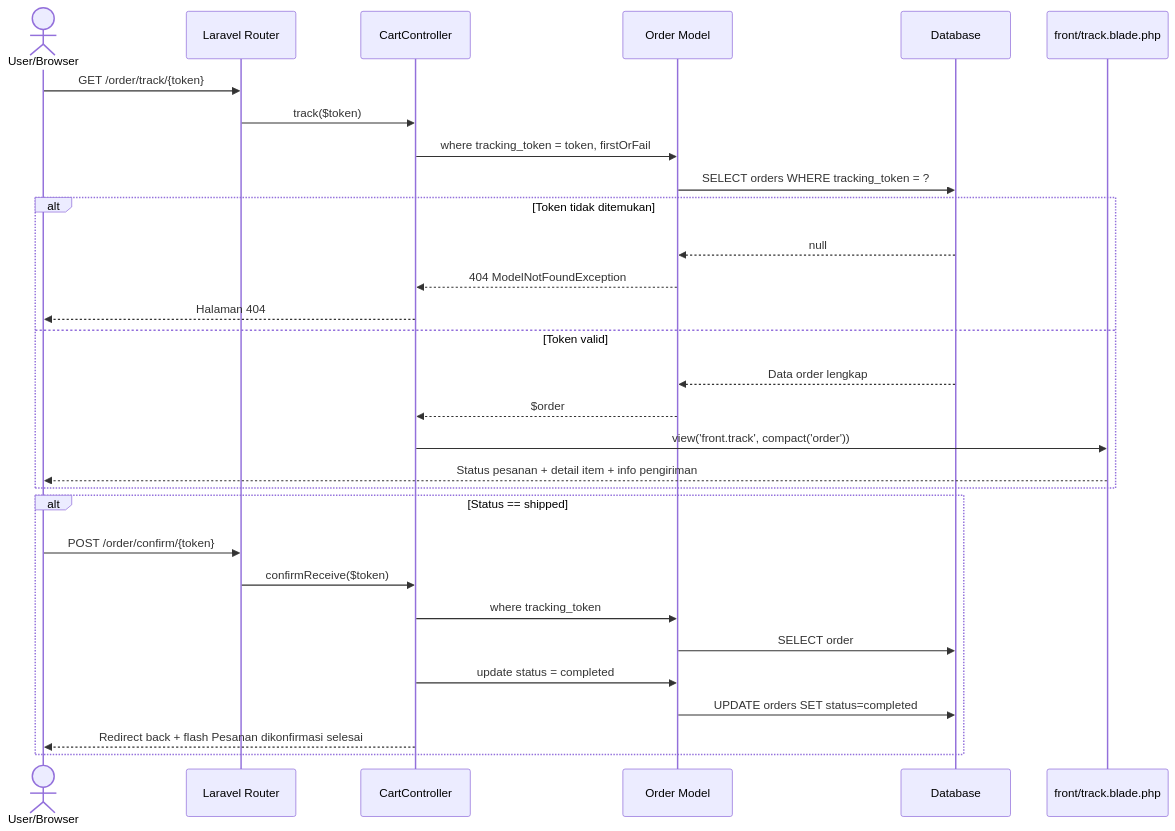
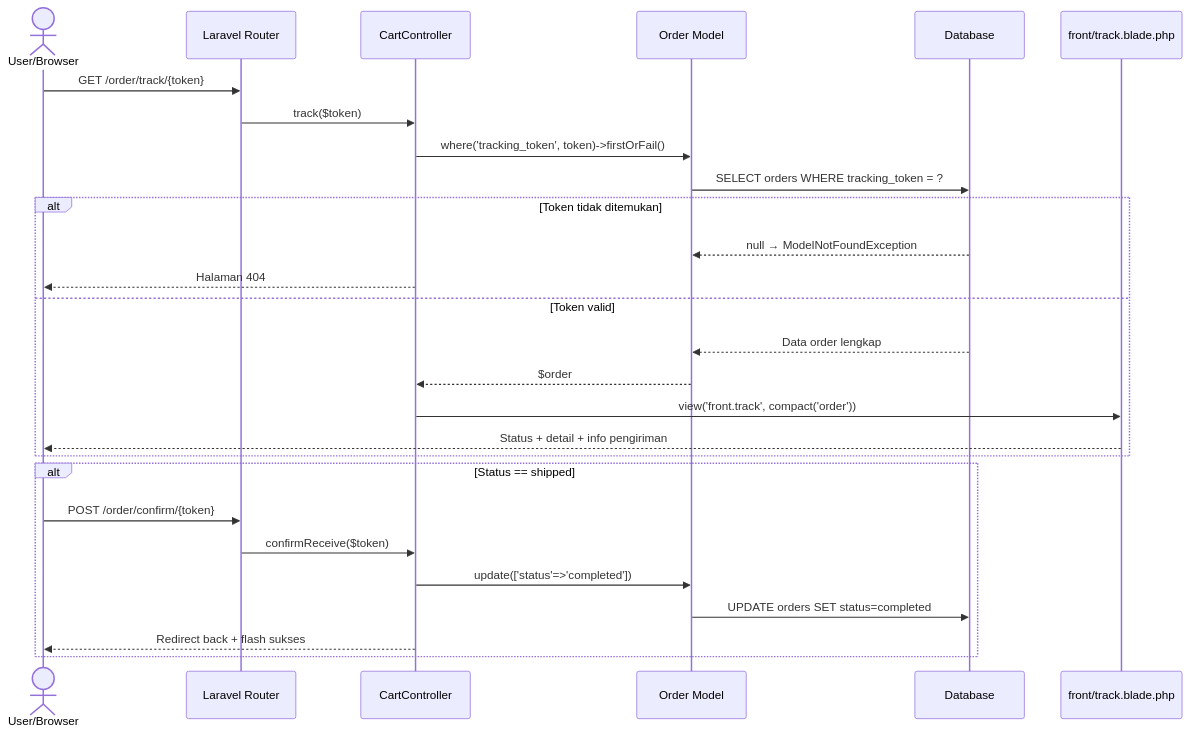
The sixth of 17 diagrams in docs/SEQUENCE_DIAGRAM_DOKUMENTASI.md (mustarisyahding07-spec/WEBSITE_SKRIPSI_MUSTARI), drawn with Mermaid before and after one commit. The commit also changed other lines of this file, not shown here.

Commit message:
docs: perbarui penjelasan sequence diagram ke format paragraf akademik

````diff
--- a/docs/SEQUENCE_DIAGRAM_DOKUMENTASI.md
+++ b/docs/SEQUENCE_DIAGRAM_DOKUMENTASI.md
@@ -324,35 +276,30 @@
 ```mermaid
 sequenceDiagram
     actor User as User/Browser
     participant Router as Laravel Router
     participant CC as CartController
     participant OrderM as Order Model
     participant DB as Database
     participant View as front/track.blade.php
 
     User->>Router: GET /order/track/{token}
     Router->>CC: track($token)
-    CC->>OrderM: where tracking_token = token, firstOrFail
+    CC->>OrderM: where('tracking_token', token)->firstOrFail()
     OrderM->>DB: SELECT orders WHERE tracking_token = ?
-
     alt Token tidak ditemukan
-        DB-->>OrderM: null
-        OrderM-->>CC: 404 ModelNotFoundException
+        DB-->>OrderM: null → ModelNotFoundException
         CC-->>User: Halaman 404
     else Token valid
         DB-->>OrderM: Data order lengkap
         OrderM-->>CC: $order
         CC->>View: view('front.track', compact('order'))
-        View-->>User: Status pesanan + detail item + info pengiriman
+        View-->>User: Status + detail + info pengiriman
     end
-
     alt Status == shipped
         User->>Router: POST /order/confirm/{token}
         Router->>CC: confirmReceive($token)
-        CC->>OrderM: where tracking_token
-        OrderM->>DB: SELECT order
-        CC->>OrderM: update status = completed
+        CC->>OrderM: update(['status'=>'completed'])
         OrderM->>DB: UPDATE orders SET status=completed
-        CC-->>User: Redirect back + flash Pesanan dikonfirmasi selesai
+        CC-->>User: Redirect back + flash sukses
     end
 ```
````
